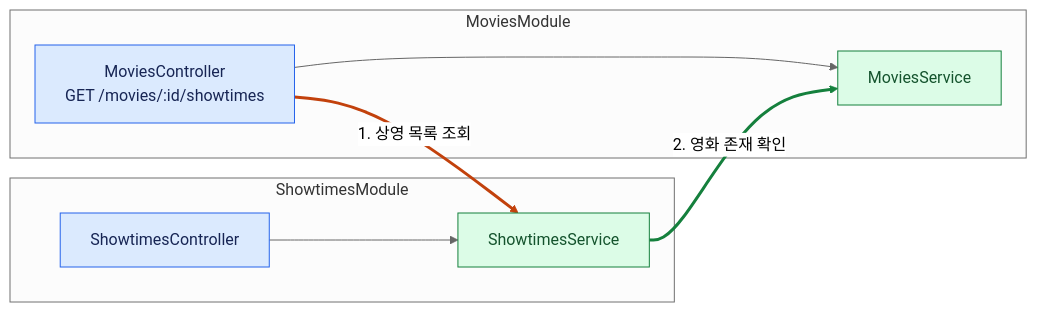
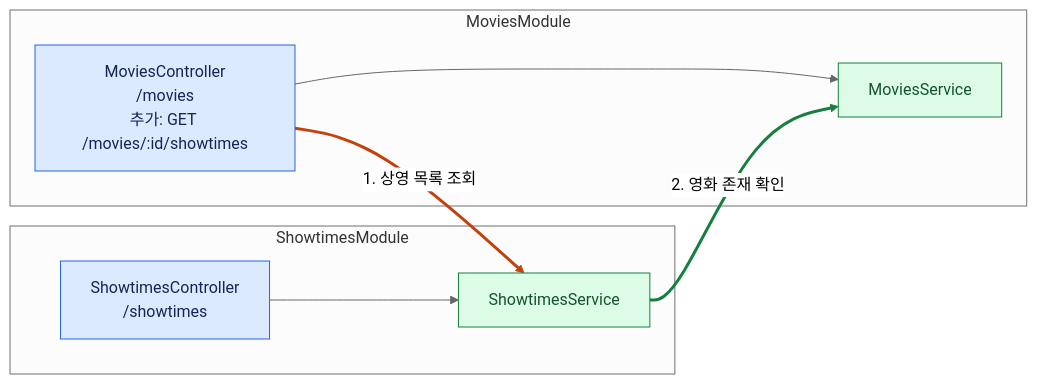
The second of 5 diagrams in README.ko.md (mannercode/nestjs-sola-example), drawn with Mermaid (neutral theme) before and after one commit. The commit also changed other lines of this file and 1 other file, not shown here.

Commit message:
docs: show routes in controller dependency diagrams

````diff
--- a/README.ko.md
+++ b/README.ko.md
@@ -53,21 +53,21 @@
 ```mermaid
 flowchart LR
     subgraph MoviesModule["MoviesModule"]
-        MoviesController["MoviesController<br/>GET /movies/:id/showtimes"]
+        MoviesController["MoviesController<br/>/movies<br/>추가: GET /movies/:id/showtimes"]
         MoviesService["MoviesService"]
     end
     subgraph ShowtimesModule["ShowtimesModule"]
-        ShowtimesController["ShowtimesController"]
+        ShowtimesController["ShowtimesController<br/>/showtimes"]
         ShowtimesService["ShowtimesService"]
     end
     MoviesController --> MoviesService
     ShowtimesController --> ShowtimesService
     MoviesController -->|"1. 상영 목록 조회"| ShowtimesService
     ShowtimesService -->|"2. 영화 존재 확인"| MoviesService
     classDef controller fill:#dbeafe,stroke:#2563eb,color:#172554
     classDef service fill:#dcfce7,stroke:#15803d,color:#14532d
     class MoviesController,ShowtimesController controller
     class MoviesService,ShowtimesService service
     linkStyle 2 stroke:#c2410c,stroke-width:3px
     linkStyle 3 stroke:#15803d,stroke-width:3px
 ```
````
